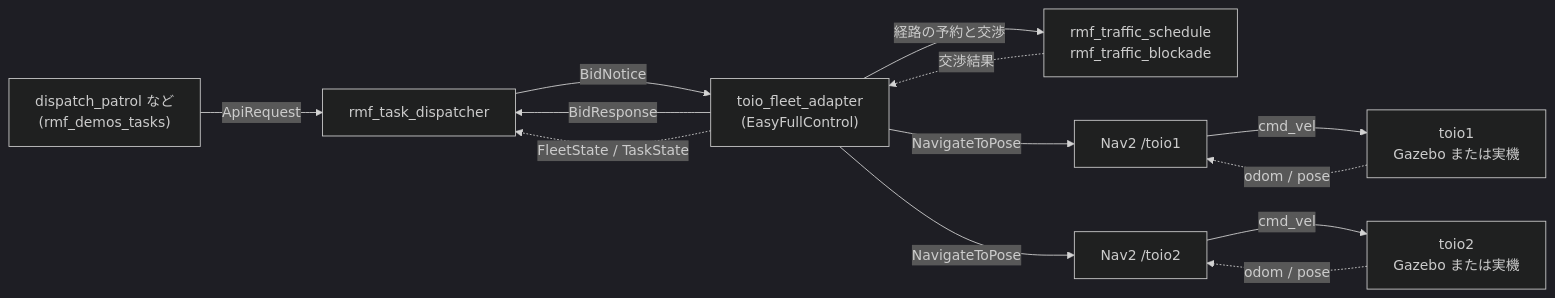
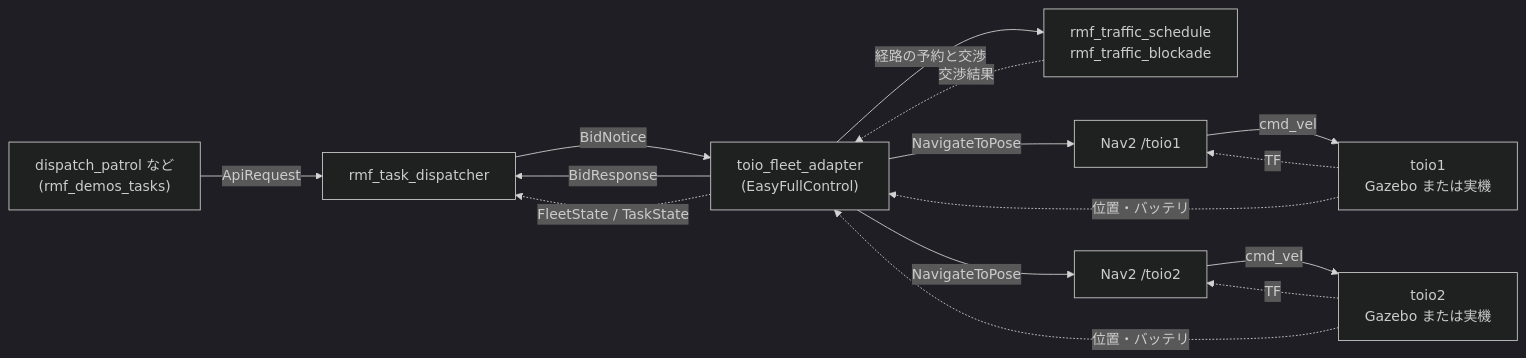
Before and after one commit to atinfinity/toio_rmf_bringup: the first of 3 diagrams in docs/TASKS.md, drawn with Mermaid (dark theme). The commit also changed other lines of this file, not shown here.

First line of the commit message:
docs: TASKS.md の系統図の接続関係を修正

````diff
--- a/docs/TASKS.md
+++ b/docs/TASKS.md
@@ -19,24 +19,26 @@
 ```mermaid
 flowchart LR
   CLI["dispatch_patrol など<br/>(rmf_demos_tasks)"]
   DISP["rmf_task_dispatcher"]
   SCHED["rmf_traffic_schedule<br/>rmf_traffic_blockade"]
   FA["toio_fleet_adapter<br/>(EasyFullControl)"]
   N1["Nav2 /toio1"]
   N2["Nav2 /toio2"]
   R1["toio1<br/>Gazebo または実機"]
   R2["toio2<br/>Gazebo または実機"]
 
   CLI -->|ApiRequest| DISP
   DISP -->|BidNotice| FA
   FA -->|BidResponse| DISP
   FA -->|経路の予約と交渉| SCHED
   SCHED -.->|交渉結果| FA
   FA -->|NavigateToPose| N1
   FA -->|NavigateToPose| N2
   N1 -->|cmd_vel| R1
   N2 -->|cmd_vel| R2
-  R1 -.->|odom / pose| N1
-  R2 -.->|odom / pose| N2
+  R1 -.->|TF| N1
+  R2 -.->|TF| N2
+  R1 -.->|位置・バッテリ| FA
+  R2 -.->|位置・バッテリ| FA
   FA -.->|FleetState / TaskState| DISP
 ```
````
